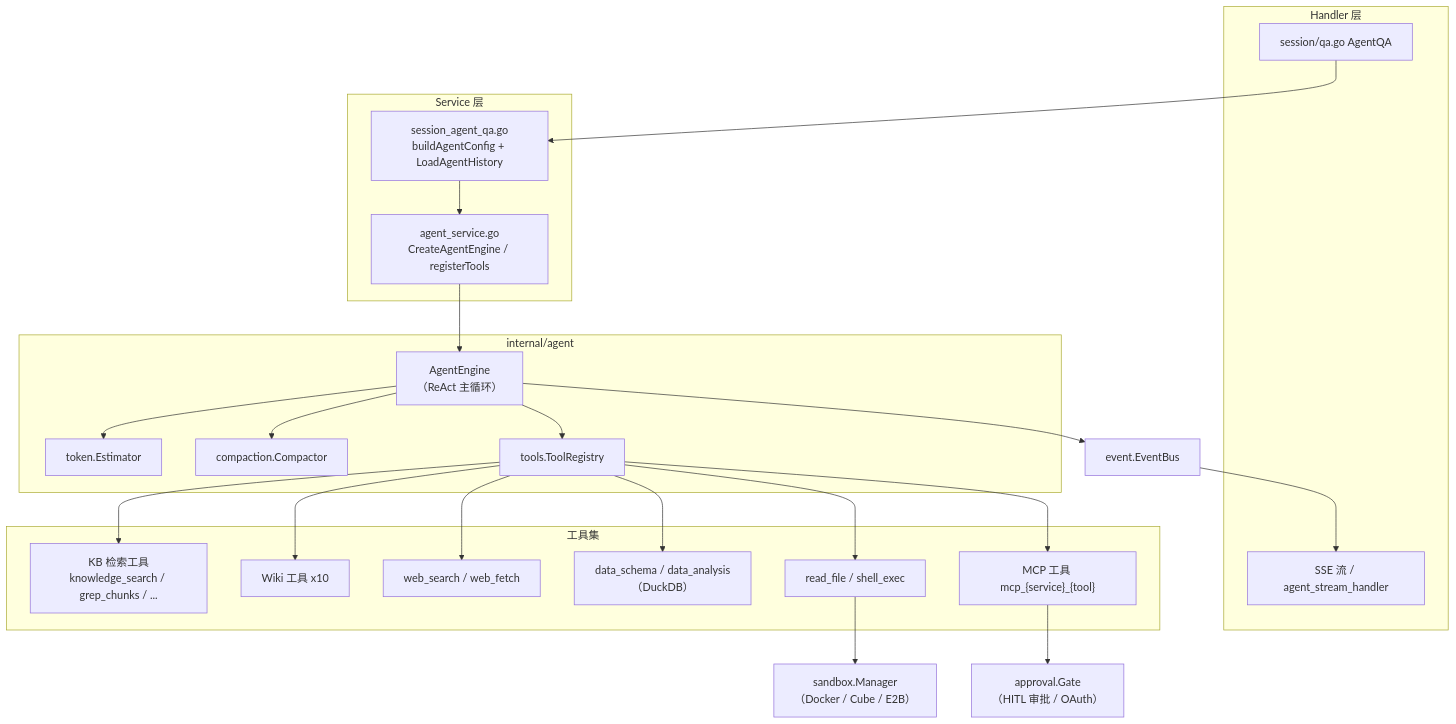
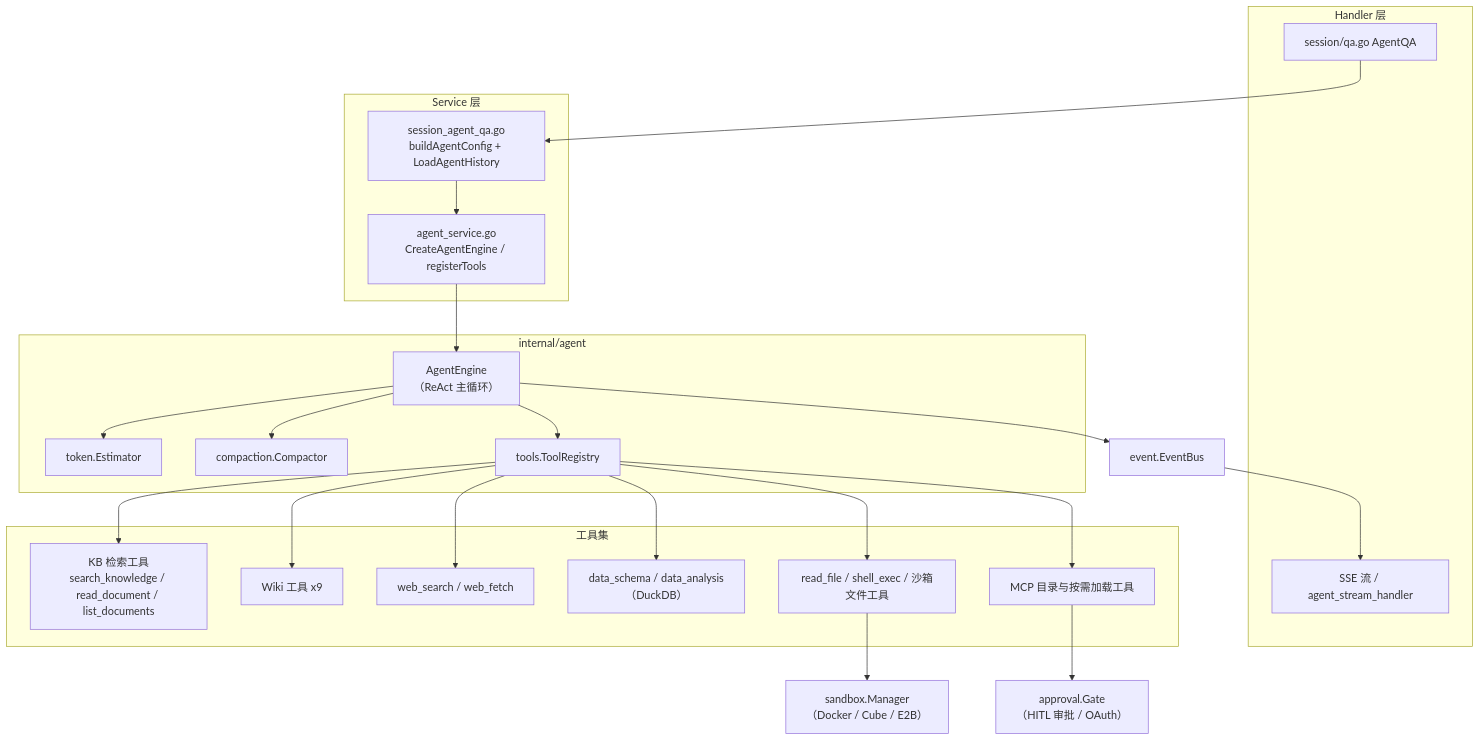
The first of 3 diagrams in website-docs/03-features/07-agent.md (chenyuana/internal-rag-weknora), drawn with Mermaid before and after one commit. The commit also changed other lines of this file and 1983 other files, not shown here.

````diff
--- a/website-docs/03-features/07-agent.md
+++ b/website-docs/03-features/07-agent.md
@@ -227,42 +239,42 @@
 ```mermaid
 flowchart TB
     subgraph HandlerLayer["Handler 层"]
         H1["session/qa.go AgentQA"]
         SSE["SSE 流 / agent_stream_handler"]
     end
     subgraph ServiceLayer["Service 层"]
         SQA["session_agent_qa.go<br/>buildAgentConfig + LoadAgentHistory"]
         AS["agent_service.go<br/>CreateAgentEngine / registerTools"]
     end
     subgraph EngineLayer["internal/agent"]
         ENG["AgentEngine<br/>（ReAct 主循环）"]
         TOK["token.Estimator"]
         MEM["compaction.Compactor"]
         REG["tools.ToolRegistry"]
     end
     subgraph Tools["工具集"]
-        KB["KB 检索工具<br/>knowledge_search / grep_chunks / ..."]
-        WIKI["Wiki 工具 x10"]
+        KB["KB 检索工具<br/>search_knowledge / read_document / list_documents"]
+        WIKI["Wiki 工具 x9"]
         WEB["web_search / web_fetch"]
         DATA["data_schema / data_analysis（DuckDB）"]
-        SKILL["read_file / shell_exec"]
-        MCP["MCP 工具 mcp_{service}_{tool}"]
+        SKILL["read_file / shell_exec / 沙箱文件工具"]
+        MCP["MCP 目录与按需加载工具"]
     end
     GATE["approval.Gate<br/>（HITL 审批 / OAuth）"]
     SBX["sandbox.Manager<br/>（Docker / Cube / E2B）"]
     EB["event.EventBus"]
 
     H1 --> SQA --> AS --> ENG
     ENG --> TOK
     ENG --> MEM
     ENG --> REG
     REG --> KB
     REG --> WIKI
     REG --> WEB
     REG --> DATA
     REG --> SKILL
     REG --> MCP
     MCP --> GATE
     SKILL --> SBX
     ENG --> EB --> SSE
 ```
````
